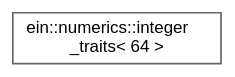
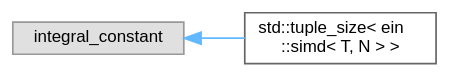
The diagram in inherit_graph_5.dot (ekmett/ein), drawn with Graphviz before and after one commit. The commit also changed 218 other files, not shown here.

```diff
--- a/inherit_graph_5.dot
+++ b/inherit_graph_5.dot
@@ -1,9 +1,11 @@
 digraph "Graphical Class Hierarchy"
 {
  // LATEX_PDF_SIZE
   bgcolor="transparent";
   edge [fontname=Helvetica,fontsize=10,labelfontname=Helvetica,labelfontsize=10];
   node [fontname=Helvetica,fontsize=10,shape=box,height=0.2,width=0.4];
   rankdir="LR";
-  Node0 [id="Node000000",label="ein::numerics::integer\l_traits\< 64 \>",height=0.2,width=0.4,color="grey40", fillcolor="white", style="filled",URL="$de/df9/namespaceein_1_1numerics.html#d3/d56/structein_1_1numerics_1_1integer__traits_3_0164_01_4",tooltip=" "];
+  Node0 [id="Node000000",label="integral_constant",height=0.2,width=0.4,color="grey60", fillcolor="#E0E0E0", style="filled",tooltip=" "];
+  Node0 -> Node1 [id="edge1_Node000000_Node000001",dir="back",color="steelblue1",style="solid",tooltip=" "];
+  Node1 [id="Node000001",label="std::tuple_size\< ein\l::simd\< T, N \> \>",height=0.2,width=0.4,color="grey40", fillcolor="white", style="filled",URL="$d8/d7b/structstd_1_1tuple__size_3_01ein_1_1simd_3_01_t_00_01_n_01_4_01_4.html",tooltip="needed to support for std::apply"];
 }
```
